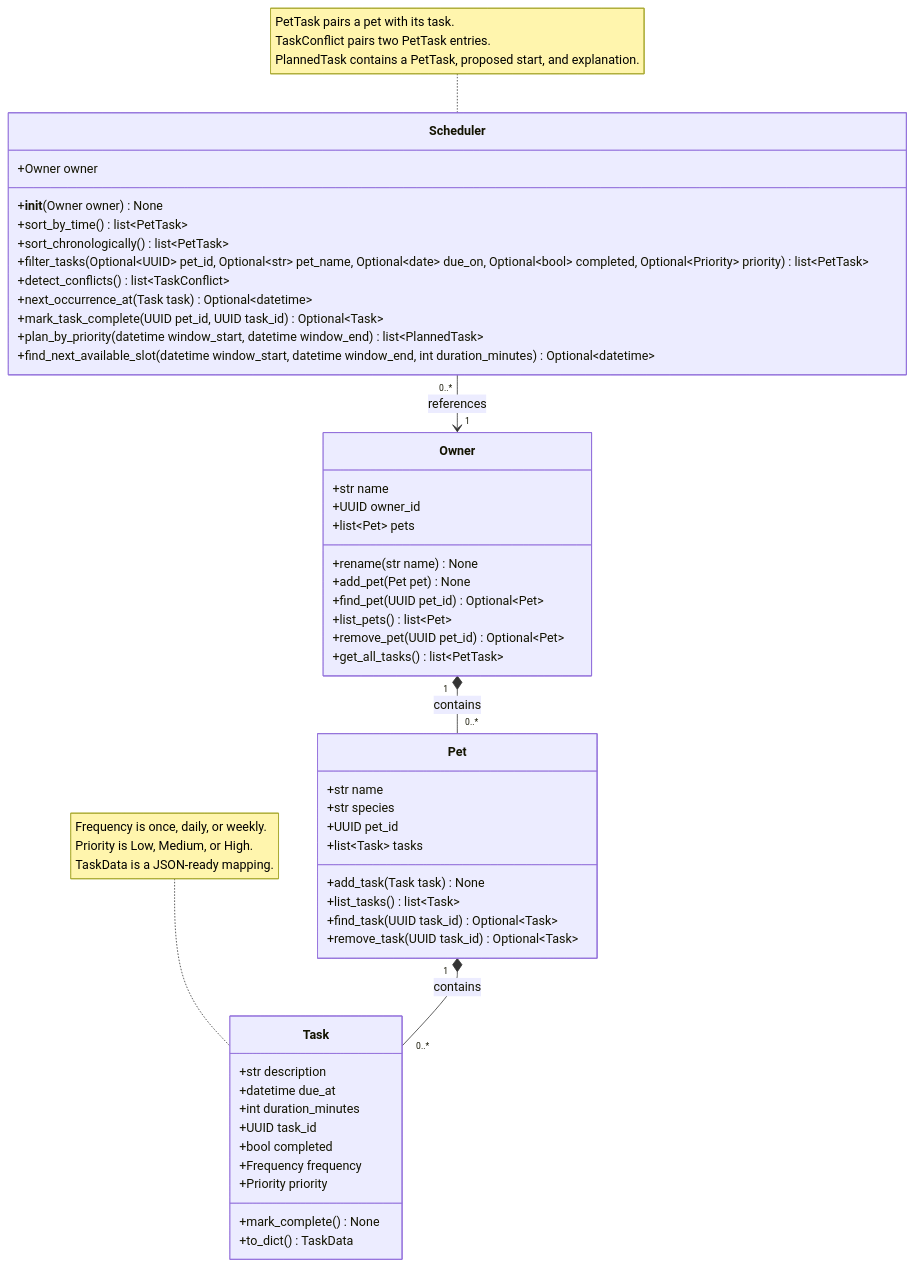
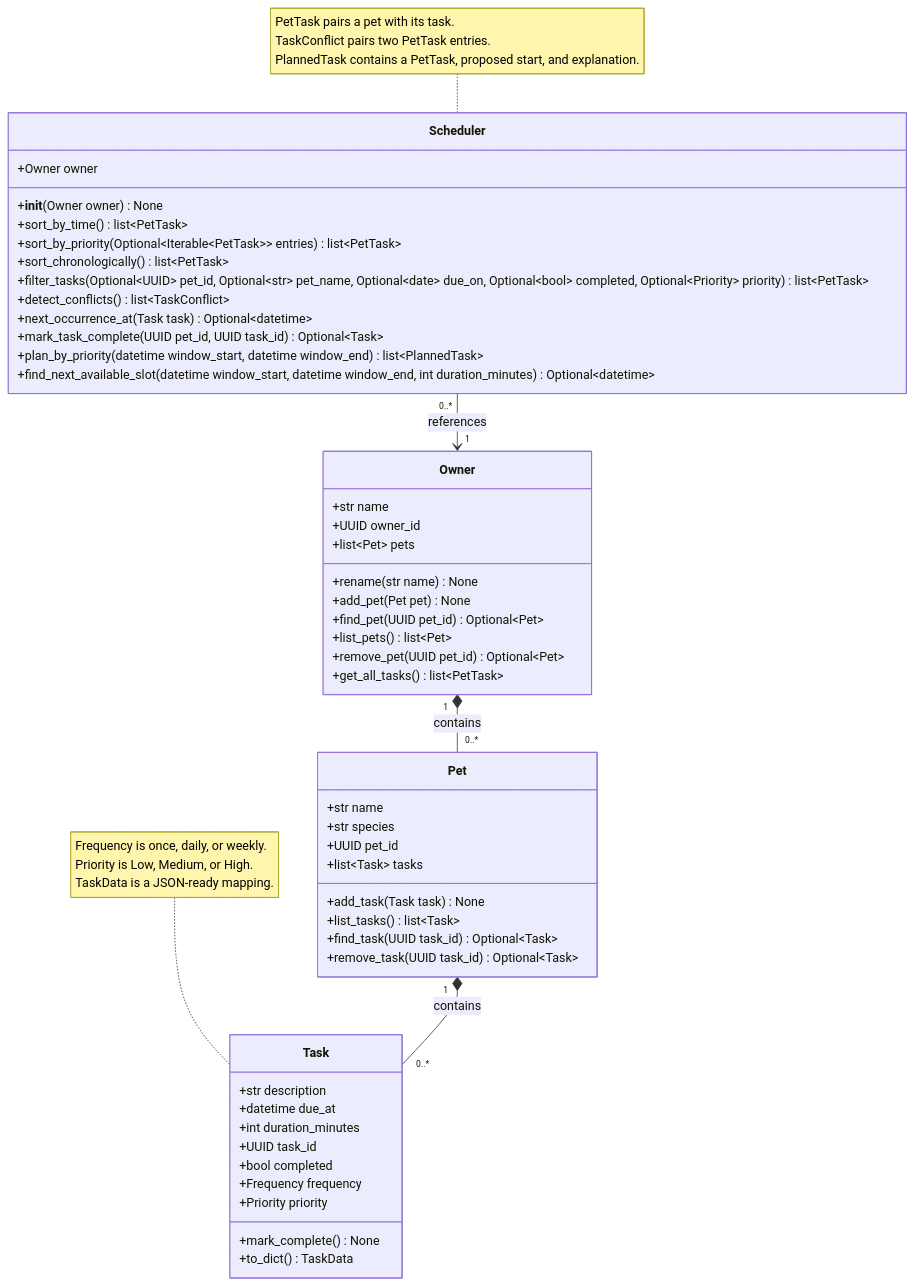
Before and after one commit to riyayaprasai/Pawpal-ai110: the diagram in diagrams/uml_draft.mmd, drawn with Mermaid. The commit also changed 7 other files, not shown here.

```diff
--- a/diagrams/uml_draft.mmd
+++ b/diagrams/uml_draft.mmd
@@ -1,55 +1,56 @@
 classDiagram
     class Task {
         +str description
         +datetime due_at
         +int duration_minutes
         +UUID task_id
         +bool completed
         +Frequency frequency
         +Priority priority
         +mark_complete() None
         +to_dict() TaskData
     }
 
     class Pet {
         +str name
         +str species
         +UUID pet_id
         +list~Task~ tasks
         +add_task(Task task) None
         +list_tasks() list~Task~
         +find_task(UUID task_id) Optional~Task~
         +remove_task(UUID task_id) Optional~Task~
     }
 
     class Owner {
         +str name
         +UUID owner_id
         +list~Pet~ pets
         +rename(str name) None
         +add_pet(Pet pet) None
         +find_pet(UUID pet_id) Optional~Pet~
         +list_pets() list~Pet~
         +remove_pet(UUID pet_id) Optional~Pet~
         +get_all_tasks() list~PetTask~
     }
 
     class Scheduler {
         +Owner owner
         +__init__(Owner owner) None
         +sort_by_time() list~PetTask~
+        +sort_by_priority(Optional~Iterable~PetTask~~ entries) list~PetTask~
         +sort_chronologically() list~PetTask~
         +filter_tasks(Optional~UUID~ pet_id, Optional~str~ pet_name, Optional~date~ due_on, Optional~bool~ completed, Optional~Priority~ priority) list~PetTask~
         +detect_conflicts() list~TaskConflict~
         +next_occurrence_at(Task task) Optional~datetime~
         +mark_task_complete(UUID pet_id, UUID task_id) Optional~Task~
         +plan_by_priority(datetime window_start, datetime window_end) list~PlannedTask~
         +find_next_available_slot(datetime window_start, datetime window_end, int duration_minutes) Optional~datetime~
     }
 
     Owner "1" *-- "0..*" Pet : contains
     Pet "1" *-- "0..*" Task : contains
     Scheduler "0..*" --> "1" Owner : references
 
     note for Task "Frequency is once, daily, or weekly.<br>Priority is Low, Medium, or High.<br>TaskData is a JSON-ready mapping."
     note for Scheduler "PetTask pairs a pet with its task.<br>TaskConflict pairs two PetTask entries.<br>PlannedTask contains a PetTask, proposed start, and explanation."
```
